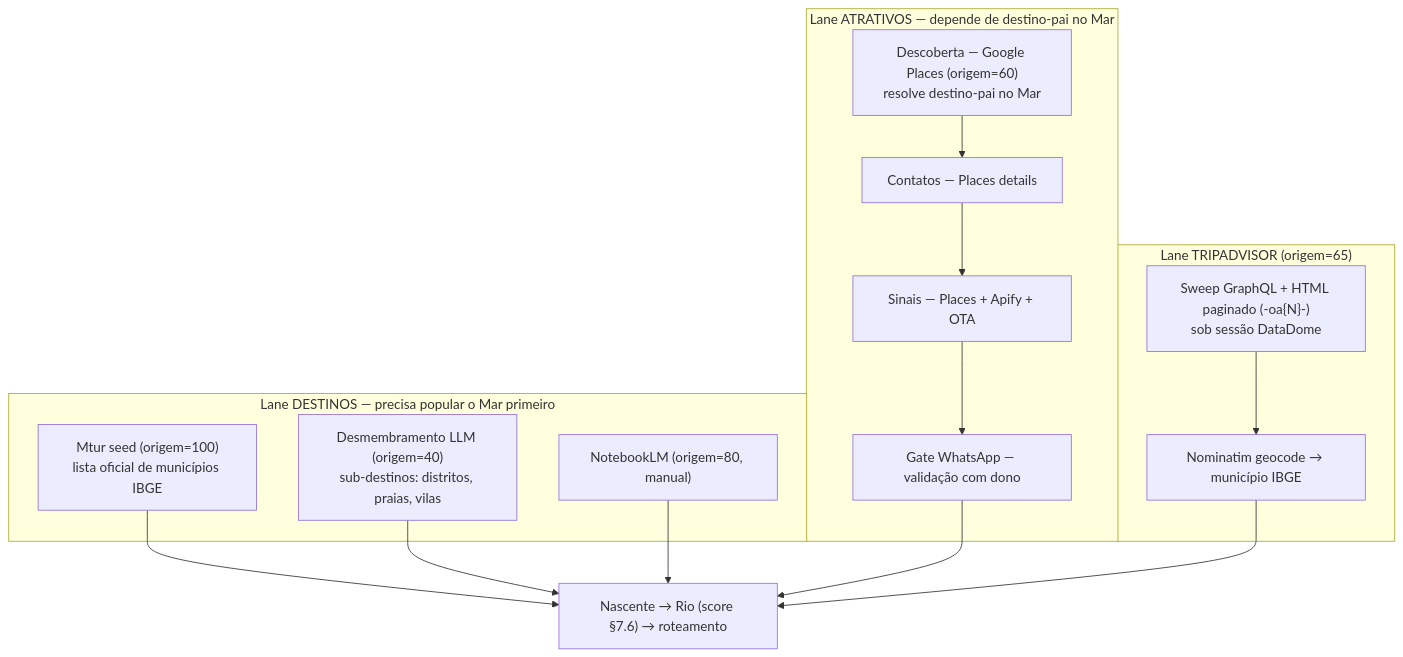
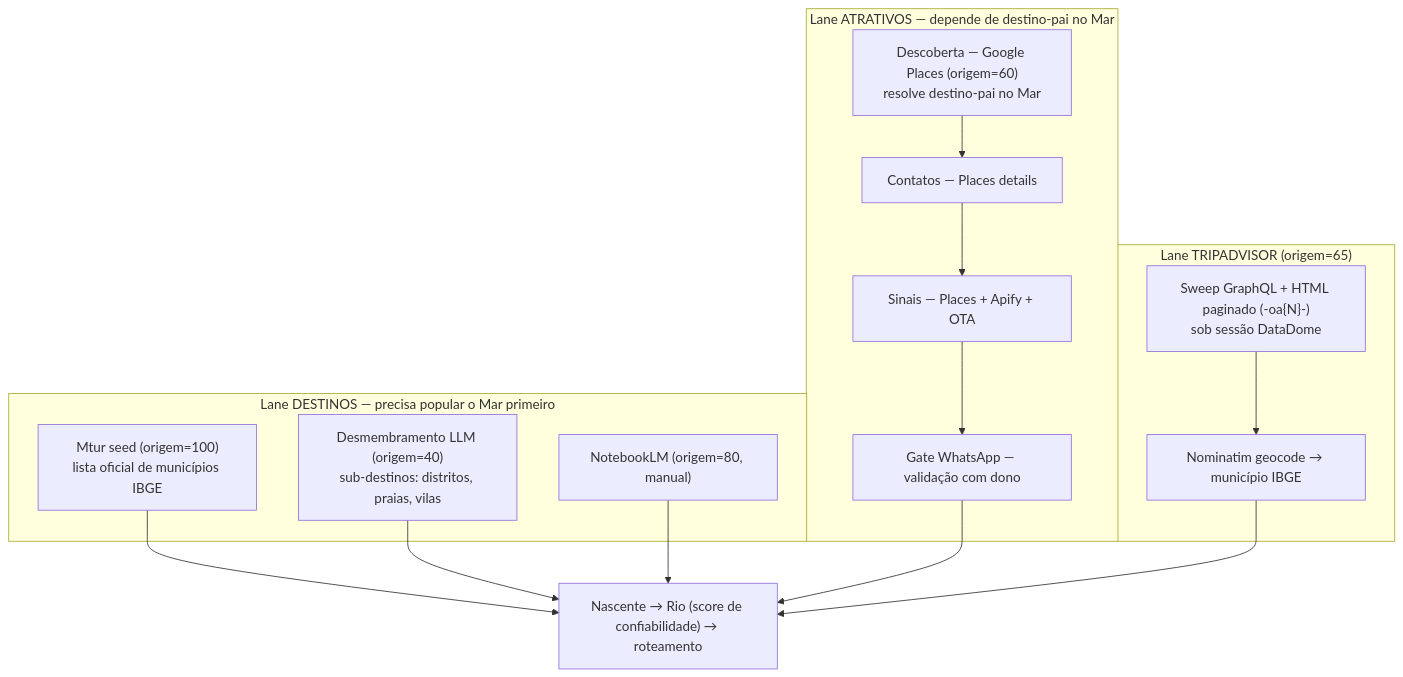
Before and after one commit to norteiadev/norteia-brave: the fourth of 8 diagrams in docs/FLUXO-BRAVE.md, drawn with Mermaid. The commit also changed other lines of this file and 82 other files, not shown here.

````diff
--- a/docs/FLUXO-BRAVE.md
+++ b/docs/FLUXO-BRAVE.md
@@ -225,28 +225,28 @@
 ```mermaid
 flowchart TD
     subgraph DEST["Lane DESTINOS — precisa popular o Mar primeiro"]
         MTUR["Mtur seed (origem=100)<br/>lista oficial de municípios IBGE"]
         DESM["Desmembramento LLM (origem=40)<br/>sub-destinos: distritos, praias, vilas"]
         NB["NotebookLM (origem=80, manual)"]
     end
 
     subgraph ATR["Lane ATRATIVOS — depende de destino-pai no Mar"]
         A1["Descoberta — Google Places (origem=60)<br/>resolve destino-pai no Mar"]
         A2["Contatos — Places details"]
         A3["Sinais — Places + Apify + OTA"]
         A4["Gate WhatsApp — validação com dono"]
     end
 
     subgraph TA["Lane TRIPADVISOR (origem=65)"]
         TA1["Sweep GraphQL + HTML paginado (-oa{N}-)<br/>sob sessão DataDome"]
         TA2["Nominatim geocode → município IBGE"]
     end
 
-    PIPE["Nascente → Rio (score §7.6) → roteamento"]
+    PIPE["Nascente → Rio (score de confiabilidade) → roteamento"]
 
     MTUR --> PIPE
     DESM --> PIPE
     NB --> PIPE
     A1 --> A2 --> A3 --> A4 --> PIPE
     TA1 --> TA2 --> PIPE
 ```
````
